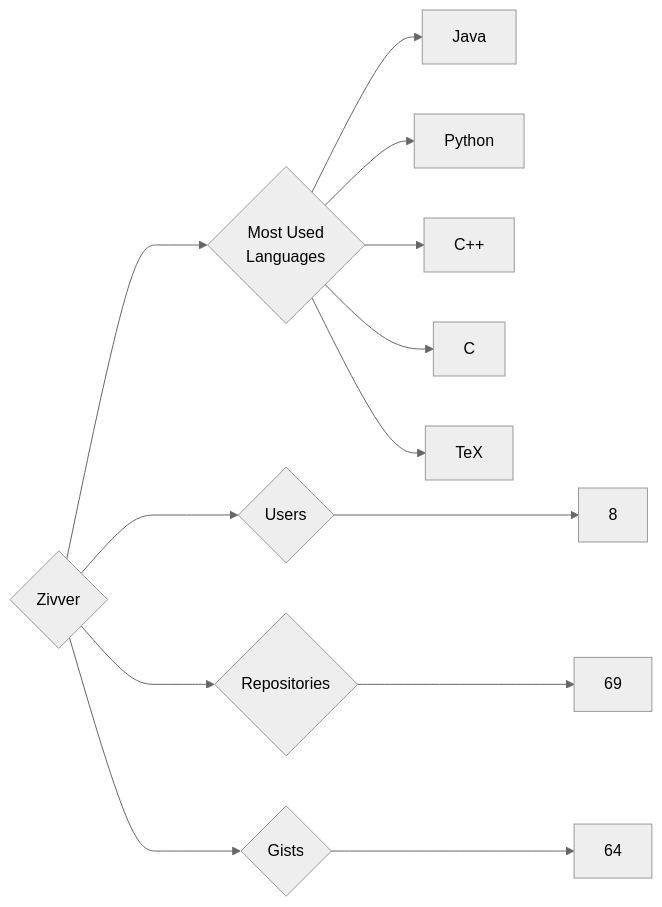
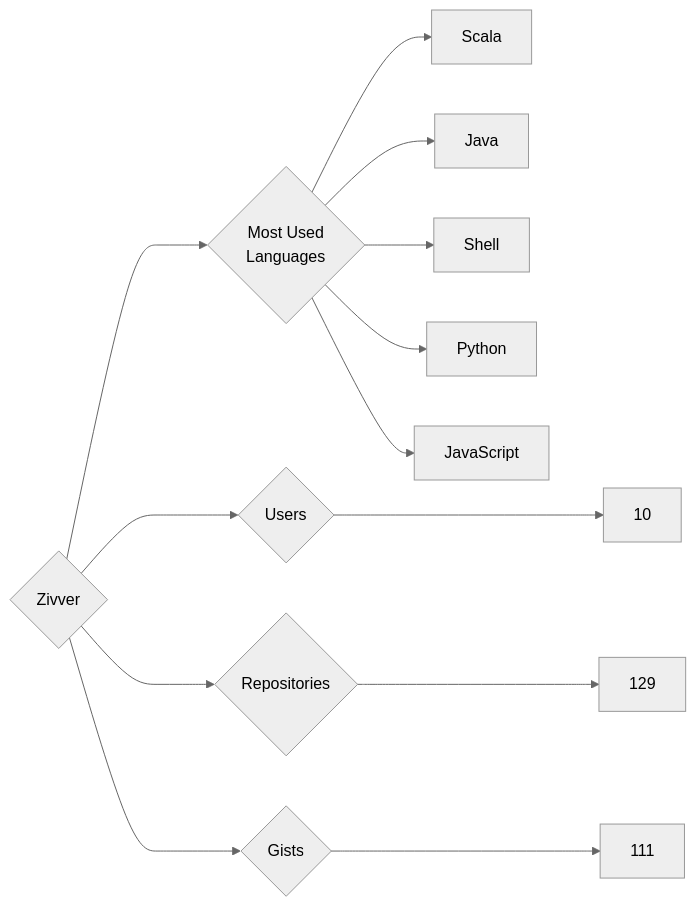
One commit to trickest/insiders changed the diagram in targets/Zivver/README.md. Above: the diagram before and after it, drawn with Mermaid (neutral theme). The commit also changed 851 other files, not shown here.

````diff
--- a/targets/Zivver/README.md
+++ b/targets/Zivver/README.md
@@ -3,13 +3,13 @@
 ```mermaid
 graph LR
 COMPANY_NAME{Zivver}
-COMPANY_NAME ---> U{Users} ---> UN[8]
-COMPANY_NAME ---> R{Repositories} ---> RN[69]
-COMPANY_NAME ---> G{Gists} ---> GN[64]
+COMPANY_NAME ---> U{Users} ---> UN[10]
+COMPANY_NAME ---> R{Repositories} ---> RN[129]
+COMPANY_NAME ---> G{Gists} ---> GN[111]
 COMPANY_NAME ---> ML{Most Used<br>Languages}
+ML --> Scala[Scala]
 ML --> Java[Java]
+ML --> Shell[Shell]
 ML --> Python[Python]
-ML --> C++[C++]
-ML --> C[C]
-ML --> TeX[TeX]
+ML --> JavaScript[JavaScript]
 ```
````
